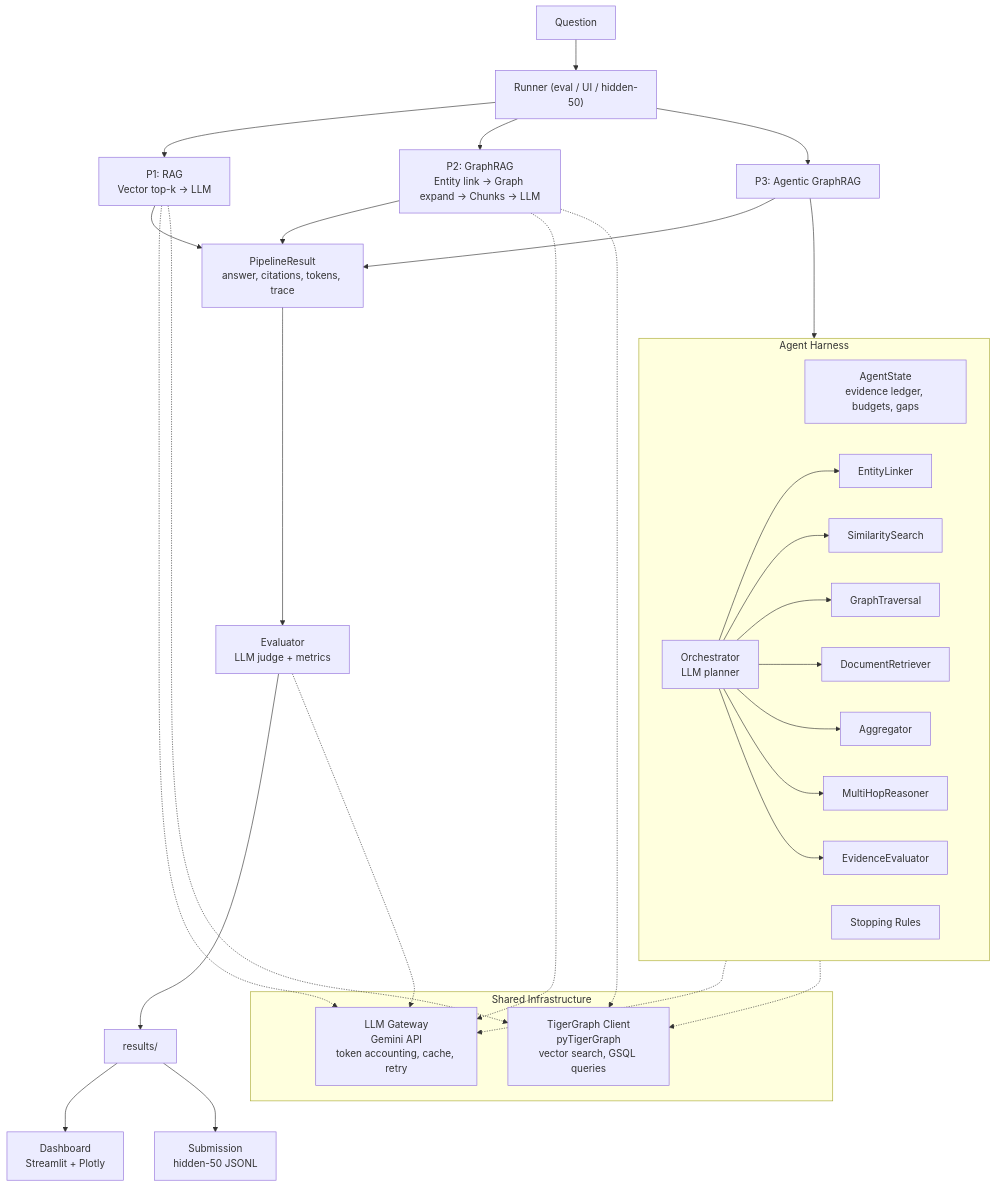
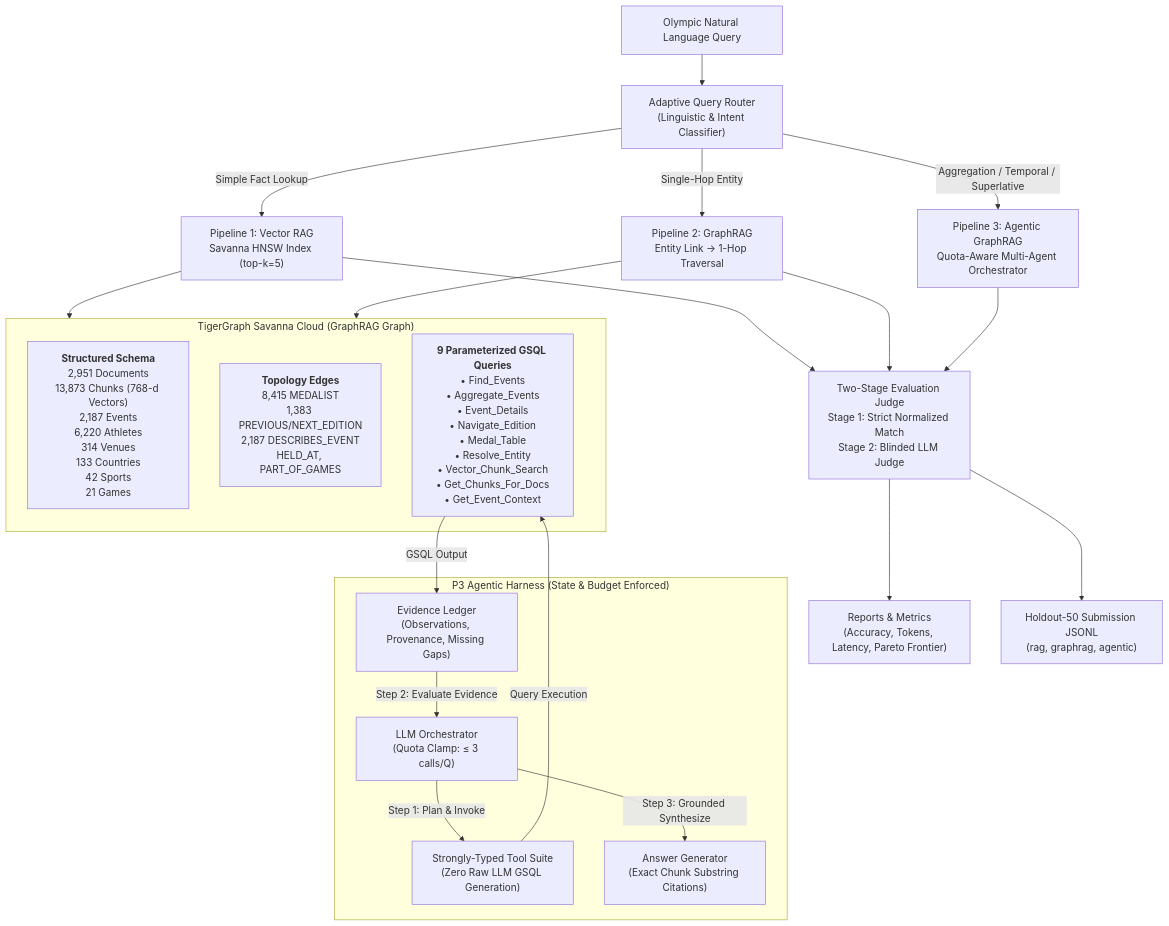
One commit to tusharkkp/TigerGraph_GraphRAG-Hackathon changed the diagram in docs/ARCHITECTURE.md. Above: the diagram before and after it, drawn with Mermaid. The commit also changed other lines of this file and 24 other files, not shown here.

Commit message:
feat(submission): complete 3-pipeline hidden50 holdout submissions, pareto analysis, adaptive router, and temporal reasoning engine

````diff
--- a/docs/ARCHITECTURE.md
+++ b/docs/ARCHITECTURE.md
@@ -5,47 +16,36 @@
 ```mermaid
 graph TB
-    Q["Question"] --> Runner["Runner (eval / UI / hidden-50)"]
+    UserQuery["Olympic Natural Language Query"] --> Router["Adaptive Query Router<br/>(Linguistic & Intent Classifier)"]
     
-    Runner --> P1["P1: RAG<br/>Vector top-k → LLM"]
-    Runner --> P2["P2: GraphRAG<br/>Entity link → Graph expand → Chunks → LLM"]
-    Runner --> P3["P3: Agentic GraphRAG"]
+    Router -->|Simple Fact Lookup| P1["Pipeline 1: Vector RAG<br/>Savanna HNSW Index (top-k=5)"]
+    Router -->|Single-Hop Entity| P2["Pipeline 2: GraphRAG<br/>Entity Link → 1-Hop Traversal"]
+    Router -->|Aggregation / Temporal / Superlative| P3["Pipeline 3: Agentic GraphRAG<br/>Quota-Aware Multi-Agent Orchestrator"]
     
-    subgraph Harness["Agent Harness"]
-        State["AgentState<br/>evidence ledger, budgets, gaps"]
-        Orch["Orchestrator<br/>LLM planner"]
-        Stop["Stopping Rules"]
-        
-        Orch --> EL["EntityLinker"]
-        Orch --> SS["SimilaritySearch"]
-        Orch --> GT["GraphTraversal"]
-        Orch --> DR["DocumentRetriever"]
-        Orch --> AG["Aggregator"]
-        Orch --> MH["MultiHopReasoner"]
-        Orch --> EV["EvidenceEvaluator"]
+    subgraph TigerGraph["TigerGraph Savanna Cloud (GraphRAG Graph)"]
+        TG_Schema["<b>Structured Schema</b><br/>2,951 Documents<br/>13,873 Chunks (768-d Vectors)<br/>2,187 Events<br/>6,220 Athletes<br/>314 Venues<br/>133 Countries<br/>42 Sports<br/>21 Games"]
+        TG_Edges["<b>Topology Edges</b><br/>8,415 MEDALIST<br/>1,383 PREVIOUS/NEXT_EDITION<br/>2,187 DESCRIBES_EVENT<br/>HELD_AT, PART_OF_GAMES"]
+        TG_GSQL["<b>9 Parameterized GSQL Queries</b><br/>• Find_Events<br/>• Aggregate_Events<br/>• Event_Details<br/>• Navigate_Edition<br/>• Medal_Table<br/>• Resolve_Entity<br/>• Vector_Chunk_Search<br/>• Get_Chunks_For_Docs<br/>• Get_Event_Context"]
     end
     
-    P3 --> Harness
-    
-    P1 --> PR["PipelineResult<br/>answer, citations, tokens, trace"]
-    P2 --> PR
-    P3 --> PR
-    
-    PR --> Eval["Evaluator<br/>LLM judge + metrics"]
-    Eval --> Results["results/"]
-    Results --> Dash["Dashboard<br/>Streamlit + Plotly"]
-    Results --> Sub["Submission<br/>hidden-50 JSONL"]
-    
-    subgraph Shared["Shared Infrastructure"]
-        GW["LLM Gateway<br/>Gemini API<br/>token accounting, cache, retry"]
-        TG["TigerGraph Client<br/>pyTigerGraph<br/>vector search, GSQL queries"]
+    subgraph AgenticHarness["P3 Agentic Harness (State & Budget Enforced)"]
+        Ledger["Evidence Ledger<br/>(Observations, Provenance, Missing Gaps)"]
+        Orchestrator["LLM Orchestrator<br/>(Quota Clamp: ≤ 3 calls/Q)"]
+        Tools["Strongly-Typed Tool Suite<br/>(Zero Raw LLM GSQL Generation)"]
+        
+        Orchestrator -->|Step 1: Plan & Invoke| Tools
+        Tools -->|Query Execution| TG_GSQL
+        TG_GSQL -->|GSQL Output| Ledger
+        Ledger -->|Step 2: Evaluate Evidence| Orchestrator
+        Orchestrator -->|Step 3: Grounded Synthesize| AnswerGen["Answer Generator<br/>(Exact Chunk Substring Citations)"]
     end
     
-    P1 -.-> GW
-    P2 -.-> GW
-    Harness -.-> GW
-    Eval -.-> GW
+    P1 --> TigerGraph
+    P2 --> TigerGraph
     
-    P1 -.-> TG
-    P2 -.-> TG
-    Harness -.-> TG
+    P1 --> Eval["Two-Stage Evaluation Judge<br/>Stage 1: Strict Normalized Match<br/>Stage 2: Blinded LLM Judge"]
+    P2 --> Eval
+    P3 --> Eval
+    
+    Eval --> Reports["Reports & Metrics<br/>(Accuracy, Tokens, Latency, Pareto Frontier)"]
+    Eval --> Submissions["Holdout-50 Submission JSONL<br/>(rag, graphrag, agentic)"]
 ```
````
